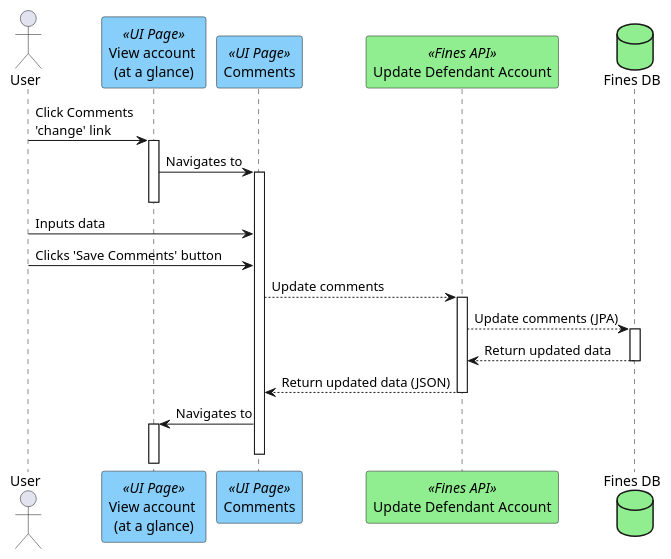
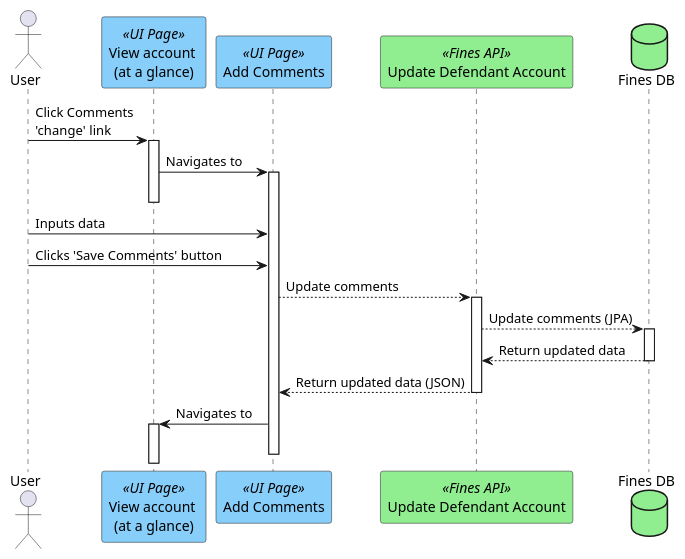
The diagram in plantUML/fae-view-defendant-account-summary/fae-add-comments.puml (hmcts/opal-docs), drawn with PlantUML before and after one commit. The commit also changed 1 other file, not shown here.

Commit message:
view def account summary, amend comments and notes

```diff
--- a/plantUML/fae-view-defendant-account-summary/fae-add-comments.puml
+++ b/plantUML/fae-view-defendant-account-summary/fae-add-comments.puml
@@ -1,23 +1,23 @@
 @startuml
 actor "User" as user
 participant "View account \n(at a glance)" as viewAccount <<UI Page>> #lightskyblue
-participant "Comments" as comments <<UI Page>> #lightskyblue
+participant "Add Comments" as comments <<UI Page>> #lightskyblue
 participant "Update Defendant Account" as updateAccountApi <<Fines API>> #lightgreen
 database "Fines DB" as db #lightgreen
 
 
 user ->  viewAccount ++ : Click Comments \n'change' link
 viewAccount -> comments ++ :Navigates to
 viewAccount --
 user ->  comments : Inputs data
 user ->  comments : Clicks 'Save Comments' button
 comments --> updateAccountApi ++: Update comments
 updateAccountApi --> db ++: Update comments (JPA)
 db --> updateAccountApi: Return updated data
 db --
 updateAccountApi --> comments : Return updated data (JSON)
 updateAccountApi --
 comments -> viewAccount ++: Navigates to
 deactivate comments
 
 @enduml
```
